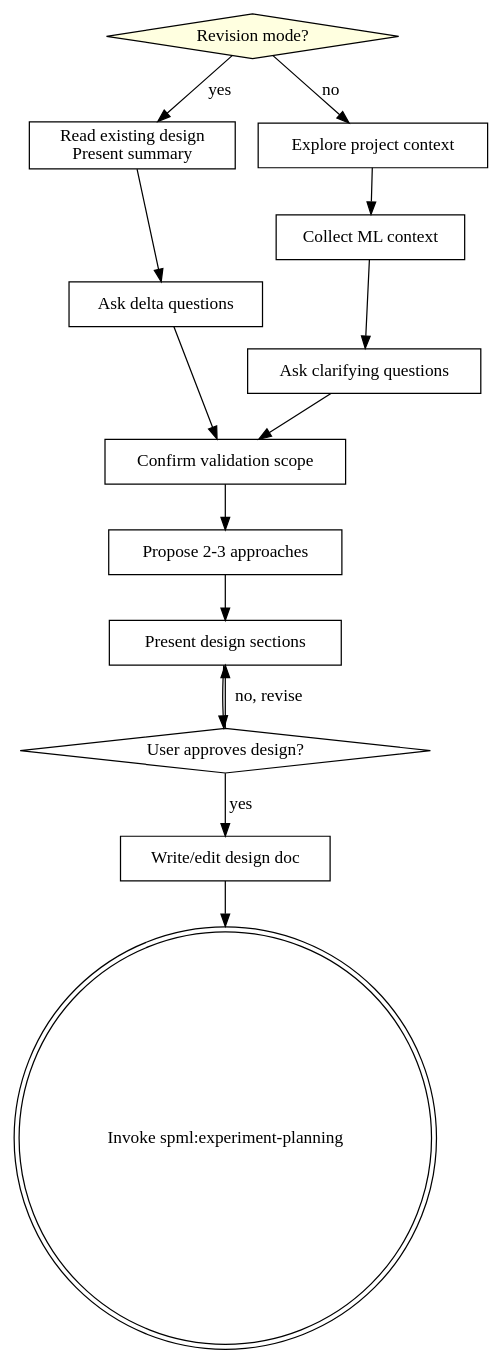
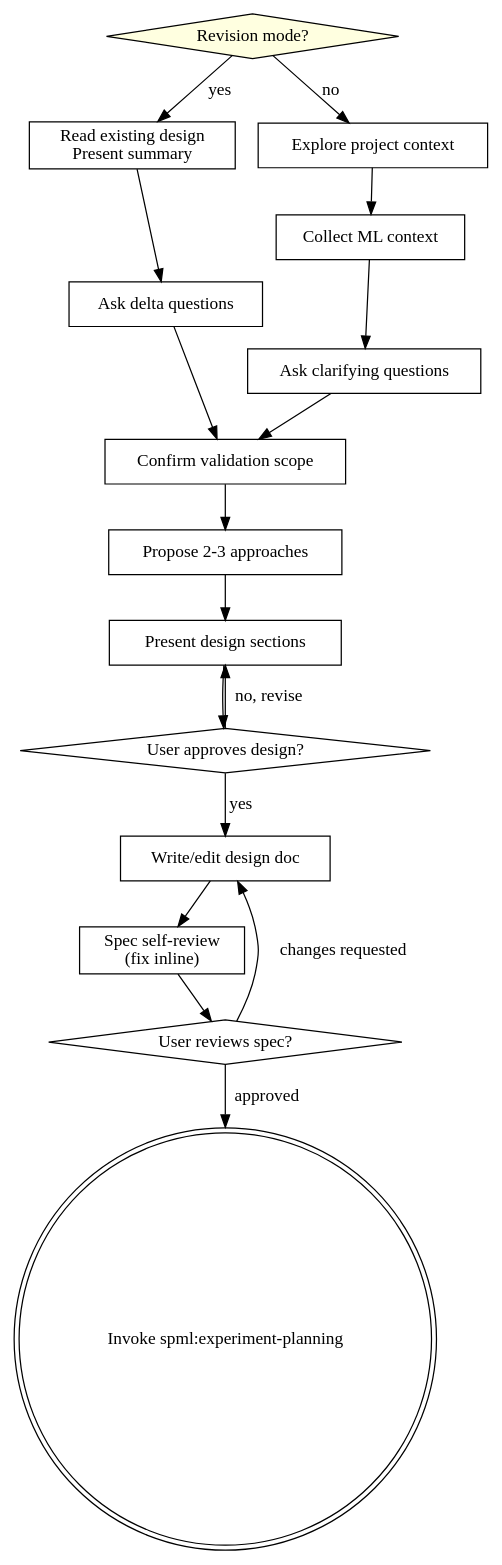
The diagram in skills/ml-brainstorming/SKILL.md (qqhard/superpowers-ML), drawn with Graphviz before and after one commit. The commit also changed other lines of this file and 12 other files, not shown here.

````diff
--- a/skills/ml-brainstorming/SKILL.md
+++ b/skills/ml-brainstorming/SKILL.md
@@ -80,30 +84,35 @@
 ```dot
 digraph ml_brainstorming {
     "Revision mode?" [shape=diamond style=filled fillcolor=lightyellow];
     "Read existing design\nPresent summary" [shape=box];
     "Ask delta questions" [shape=box];
     "Explore project context" [shape=box];
     "Collect ML context" [shape=box];
     "Ask clarifying questions" [shape=box];
     "Confirm validation scope" [shape=box];
     "Propose 2-3 approaches" [shape=box];
     "Present design sections" [shape=box];
     "User approves design?" [shape=diamond];
     "Write/edit design doc" [shape=box];
+    "Spec self-review\n(fix inline)" [shape=box];
+    "User reviews spec?" [shape=diamond];
     "Invoke spml:experiment-planning" [shape=doublecircle];
 
     "Revision mode?" -> "Read existing design\nPresent summary" [label="yes"];
     "Revision mode?" -> "Explore project context" [label="no"];
     "Read existing design\nPresent summary" -> "Ask delta questions";
     "Ask delta questions" -> "Confirm validation scope";
     "Explore project context" -> "Collect ML context";
     "Collect ML context" -> "Ask clarifying questions";
     "Ask clarifying questions" -> "Confirm validation scope";
     "Confirm validation scope" -> "Propose 2-3 approaches";
     "Propose 2-3 approaches" -> "Present design sections";
     "Present design sections" -> "User approves design?";
     "User approves design?" -> "Present design sections" [label="no, revise"];
     "User approves design?" -> "Write/edit design doc" [label="yes"];
-    "Write/edit design doc" -> "Invoke spml:experiment-planning";
+    "Write/edit design doc" -> "Spec self-review\n(fix inline)";
+    "Spec self-review\n(fix inline)" -> "User reviews spec?";
+    "User reviews spec?" -> "Write/edit design doc" [label="changes requested"];
+    "User reviews spec?" -> "Invoke spml:experiment-planning" [label="approved"];
 }
 ```
````
